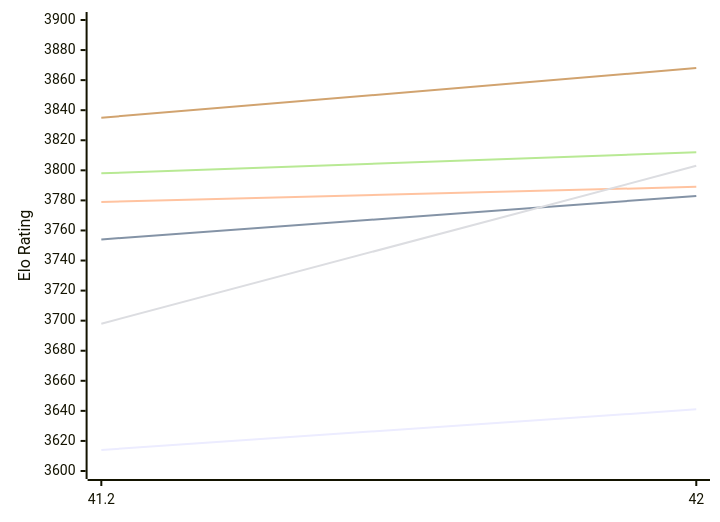
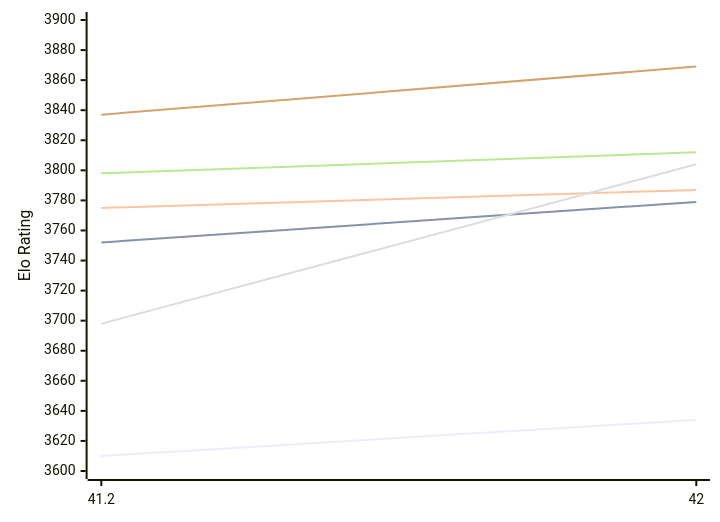
The first of 2 diagrams in engines/Shashchess.md (computer-chess-index/cci), drawn with Mermaid before and after one commit. The commit also changed other lines of this file, not shown here.

Commit message:
Update CCI Ratings (ELO VLTC) - 2026-11-09

````diff
--- a/engines/Shashchess.md
+++ b/engines/Shashchess.md
@@ -50,12 +50,12 @@
 ```mermaid
 %%{init: {"theme":"base","themeVariables":{"seriesColors:['#a3a3a3','#222221','#faa371']}}}%%
 xychart-beta
   x-axis ["41.2", "42"]
   y-axis "Elo Rating" 3600 --> 3900
-  line "E1: STC (8.0+0.08s)" [3614, 3641]
-  line "E1: LTC (60.0+0.60s)" [3754, 3783]
-  line "E1: VLTC (2m24s+1.12s)" [3779, 3789]
-  line "P1: STC (8.0+0.08s)" [3698, 3803]
+  line "E1: STC (8.0+0.08s)" [3610, 3634]
+  line "E1: LTC (60.0+0.60s)" [3752, 3779]
+  line "E1: VLTC (2m24s+1.12s)" [3775, 3787]
+  line "P1: STC (8.0+0.08s)" [3698, 3804]
   line "P1: LTC (60.0+0.60s)" [3798, 3812]
-  line "P1: VLTC (2m24s+1.12s)" [3835, 3868]
+  line "P1: VLTC (2m24s+1.12s)" [3837, 3869]
 ```
````
